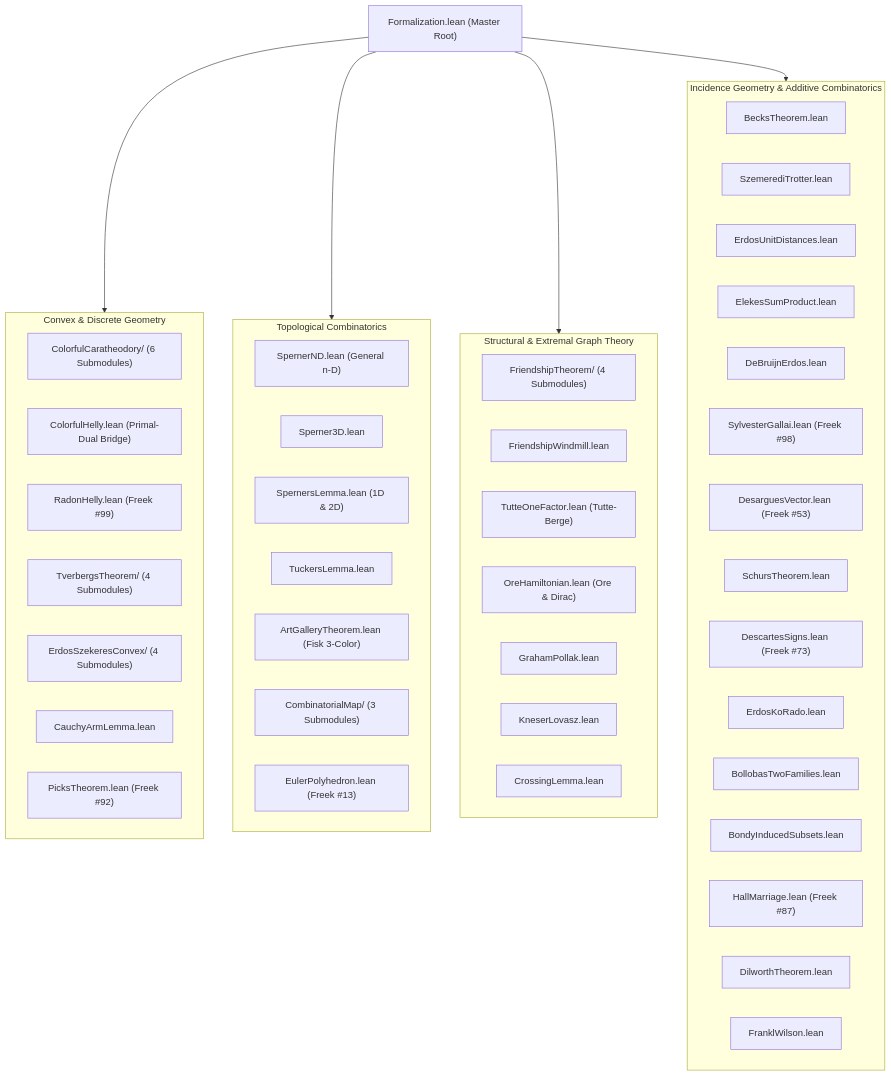
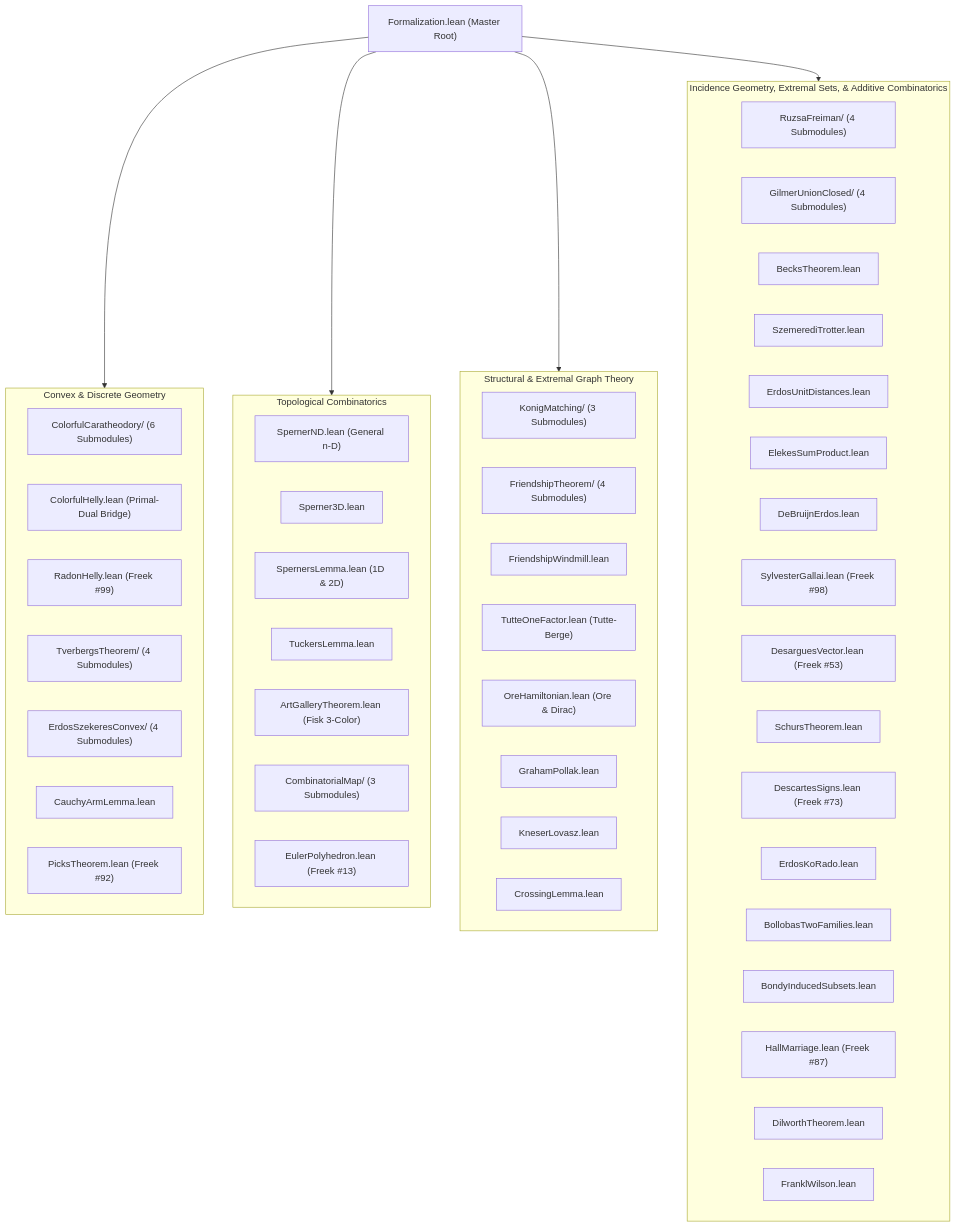
Before and after one commit to sneed-and-feed/lean-theorems-1: the diagram in README.md, drawn with Mermaid. The commit also changed other lines of this file and 46 other files, not shown here.

````diff
--- a/README.md
+++ b/README.md
@@ -330,57 +378,60 @@
 ```mermaid
 graph TD
     Root["Formalization.lean (Master Root)"]
     
     subgraph ConvexGeometry ["Convex & Discrete Geometry"]
         CC["ColorfulCaratheodory/ (6 Submodules)"]
         CH["ColorfulHelly.lean (Primal-Dual Bridge)"]
         RH["RadonHelly.lean (Freek #99)"]
         TT["TverbergsTheorem/ (4 Submodules)"]
         ES["ErdosSzekeresConvex/ (4 Submodules)"]
         CA["CauchyArmLemma.lean"]
         PK["PicksTheorem.lean (Freek #92)"]
     end
 
     subgraph TopologicalCombinatorics ["Topological Combinatorics"]
         SND["SpernerND.lean (General n-D)"]
         S3D["Sperner3D.lean"]
         S12["SpernersLemma.lean (1D & 2D)"]
         TL["TuckersLemma.lean"]
         AG["ArtGalleryTheorem.lean (Fisk 3-Color)"]
         CM["CombinatorialMap/ (3 Submodules)"]
         EP["EulerPolyhedron.lean (Freek #13)"]
     end
 
     subgraph GraphTheory ["Structural & Extremal Graph Theory"]
+        KM["KonigMatching/ (3 Submodules)"]
         FT["FriendshipTheorem/ (4 Submodules)"]
         FW["FriendshipWindmill.lean"]
         TO["TutteOneFactor.lean (Tutte-Berge)"]
         OH["OreHamiltonian.lean (Ore & Dirac)"]
         GP["GrahamPollak.lean"]
         KL["KneserLovasz.lean"]
         CL["CrossingLemma.lean"]
     end
 
-    subgraph IncidenceAndAdditive ["Incidence Geometry & Additive Combinatorics"]
+    subgraph IncidenceAndAdditive ["Incidence Geometry, Extremal Sets, & Additive Combinatorics"]
+        RF["RuzsaFreiman/ (4 Submodules)"]
+        GUC["GilmerUnionClosed/ (4 Submodules)"]
         BE["BecksTheorem.lean"]
         ST["SzemerediTrotter.lean"]
         UD["ErdosUnitDistances.lean"]
         ESP["ElekesSumProduct.lean"]
         DBE["DeBruijnErdos.lean"]
         SG["SylvesterGallai.lean (Freek #98)"]
         DV["DesarguesVector.lean (Freek #53)"]
         SC["SchursTheorem.lean"]
         DS["DescartesSigns.lean (Freek #73)"]
         EKR["ErdosKoRado.lean"]
         BT["BollobasTwoFamilies.lean"]
         BI["BondyInducedSubsets.lean"]
         HM["HallMarriage.lean (Freek #87)"]
         DT["DilworthTheorem.lean"]
         FWI["FranklWilson.lean"]
     end
 
     Root --> ConvexGeometry
     Root --> TopologicalCombinatorics
     Root --> GraphTheory
     Root --> IncidenceAndAdditive
 ```
````
